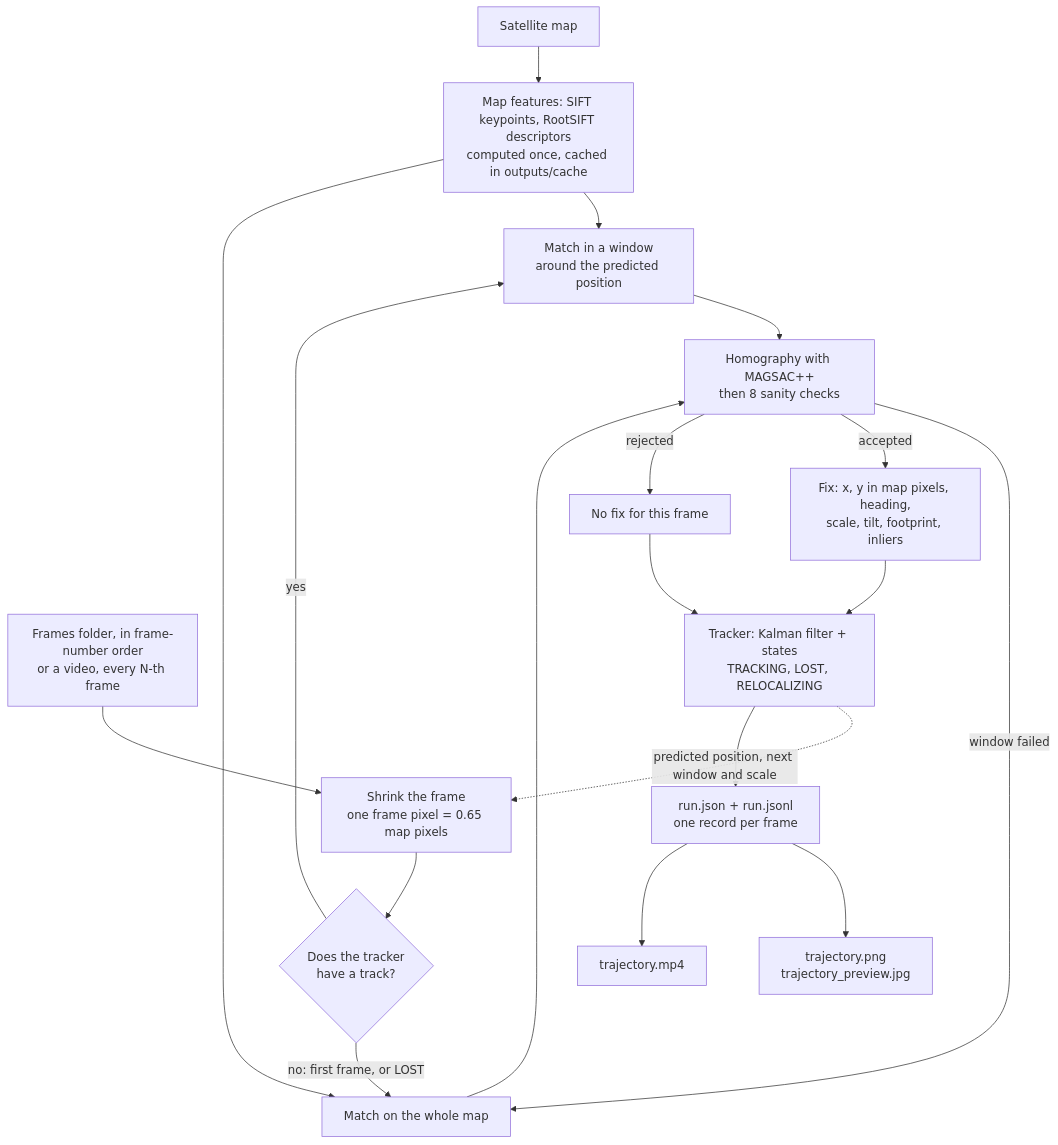
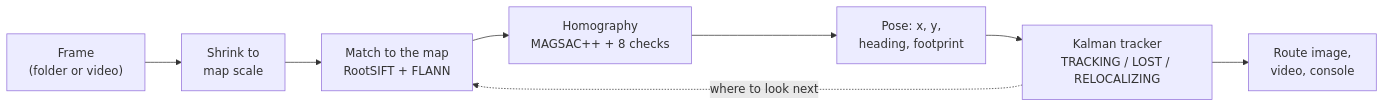
The diagram in README.md (kolyakr/orientyr), drawn with Mermaid before and after one commit. The commit also changed other lines of this file and 5 other files, not shown here.

````diff
--- a/README.md
+++ b/README.md
@@ -22,21 +21,10 @@
 ```mermaid
-flowchart TD
-    M["Satellite map"] --> MF["Map features: SIFT keypoints, RootSIFT descriptors<br/>computed once, cached in outputs/cache"]
-    F["Frames folder, in frame-number order<br/>or a video, every N-th frame"] --> S["Shrink the frame<br/>one frame pixel = 0.65 map pixels"]
-    S --> W{"Does the tracker<br/>have a track?"}
-    W -- "yes" --> WIN["Match in a window<br/>around the predicted position"]
-    W -- "no: first frame, or LOST" --> GLO["Match on the whole map"]
-    MF --> WIN
-    MF --> GLO
-    WIN --> H["Homography with MAGSAC++<br/>then 8 sanity checks"]
-    GLO --> H
-    H -- "window failed" --> GLO
-    H -- "accepted" --> P["Fix: x, y in map pixels, heading,<br/>scale, tilt, footprint, inliers"]
-    H -- "rejected" --> NF["No fix for this frame"]
-    P --> K["Tracker: Kalman filter + states<br/>TRACKING, LOST, RELOCALIZING"]
-    NF --> K
-    K -. "predicted position, next window and scale" .-> S
-    K --> T["run.json + run.jsonl<br/>one record per frame"]
-    T --> IMG["trajectory.png<br/>trajectory_preview.jpg"]
-    T --> VID["trajectory.mp4"]
+flowchart LR
+    F["Frame<br/>(folder or video)"] --> S["Shrink to<br/>map scale"]
+    S --> M["Match to the map<br/>RootSIFT + FLANN"]
+    M --> H["Homography<br/>MAGSAC++ + 8 checks"]
+    H --> P["Pose: x, y,<br/>heading, footprint"]
+    P --> K["Kalman tracker<br/>TRACKING / LOST / RELOCALIZING"]
+    K -. "where to look next" .-> M
+    K --> O["Route image,<br/>video, console"]
 ```
````
